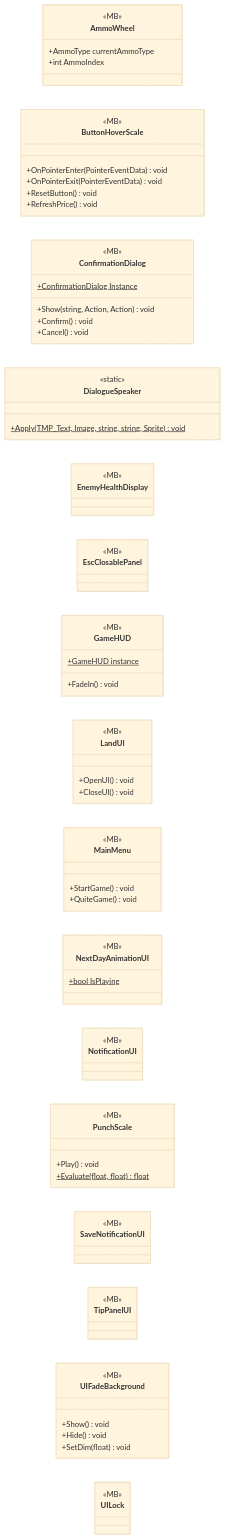
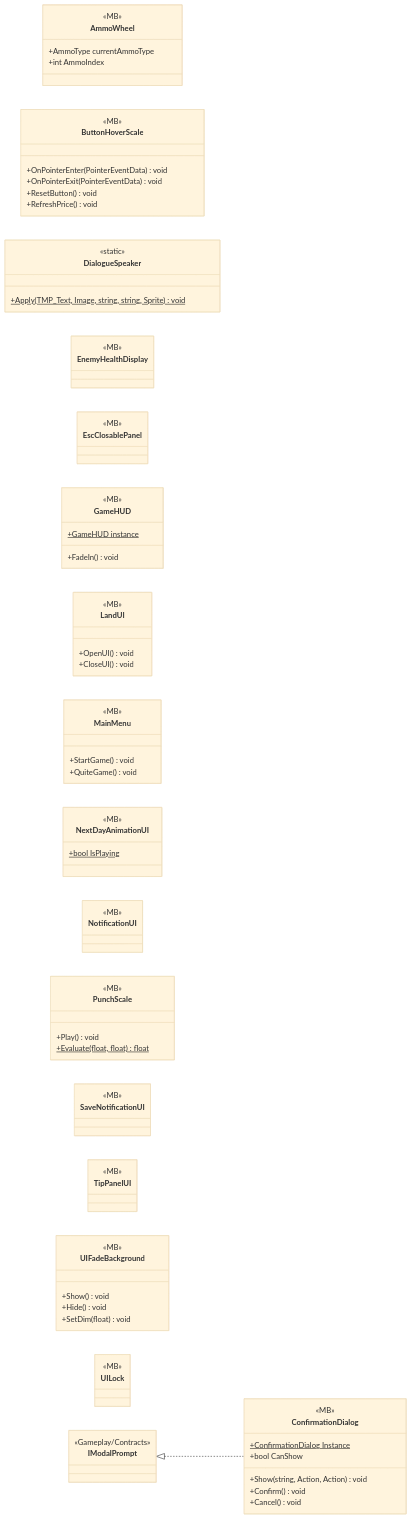
Before and after one commit to PhumipatWave/project-ocean: the diagram in docs/uml/modules/UI.md, drawn with Mermaid (base theme). The commit also changed other lines of this file and 531 other files, not shown here.

````diff
--- a/docs/uml/modules/UI.md
+++ b/docs/uml/modules/UI.md
@@ -7,75 +7,80 @@
 ```mermaid
 classDiagram
   direction LR
   class AmmoWheel {
     <<MB>>
     +AmmoType currentAmmoType
     +int AmmoIndex
   }
   class ButtonHoverScale {
     <<MB>>
     +OnPointerEnter(PointerEventData) void
     +OnPointerExit(PointerEventData) void
     +ResetButton() void
     +RefreshPrice() void
   }
   class ConfirmationDialog {
     <<MB>>
     +ConfirmationDialog Instance$
+    +bool CanShow
     +Show(string, Action, Action) void
     +Confirm() void
     +Cancel() void
   }
   class DialogueSpeaker {
     <<static>>
     +Apply(TMP_Text, Image, string, string, Sprite)$ void
   }
   class EnemyHealthDisplay {
     <<MB>>
   }
   class EscClosablePanel {
     <<MB>>
   }
   class GameHUD {
     <<MB>>
     +GameHUD instance$
     +FadeIn() void
   }
   class LandUI {
     <<MB>>
     +OpenUI() void
     +CloseUI() void
   }
   class MainMenu {
     <<MB>>
     +StartGame() void
     +QuiteGame() void
   }
   class NextDayAnimationUI {
     <<MB>>
     +bool IsPlaying$
   }
   class NotificationUI {
     <<MB>>
   }
   class PunchScale {
     <<MB>>
     +Play() void
     +Evaluate(float, float)$ float
   }
   class SaveNotificationUI {
     <<MB>>
   }
   class TipPanelUI {
     <<MB>>
   }
   class UIFadeBackground {
     <<MB>>
     +Show() void
     +Hide() void
     +SetDim(float) void
   }
   class UILock {
     <<MB>>
   }
+  class IModalPrompt {
+    <<Gameplay/Contracts>>
+  }
+  IModalPrompt <|.. ConfirmationDialog
 ```
````
